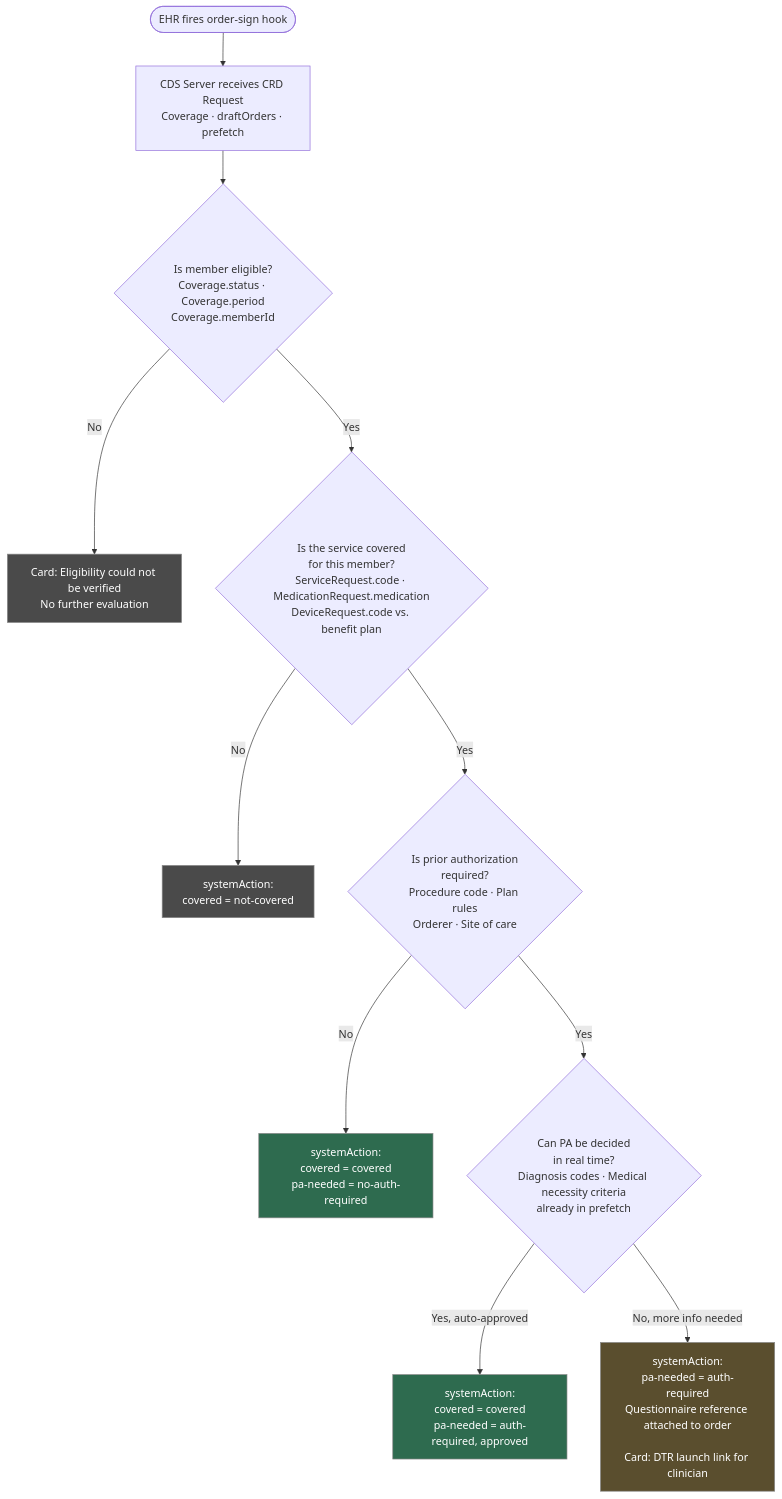
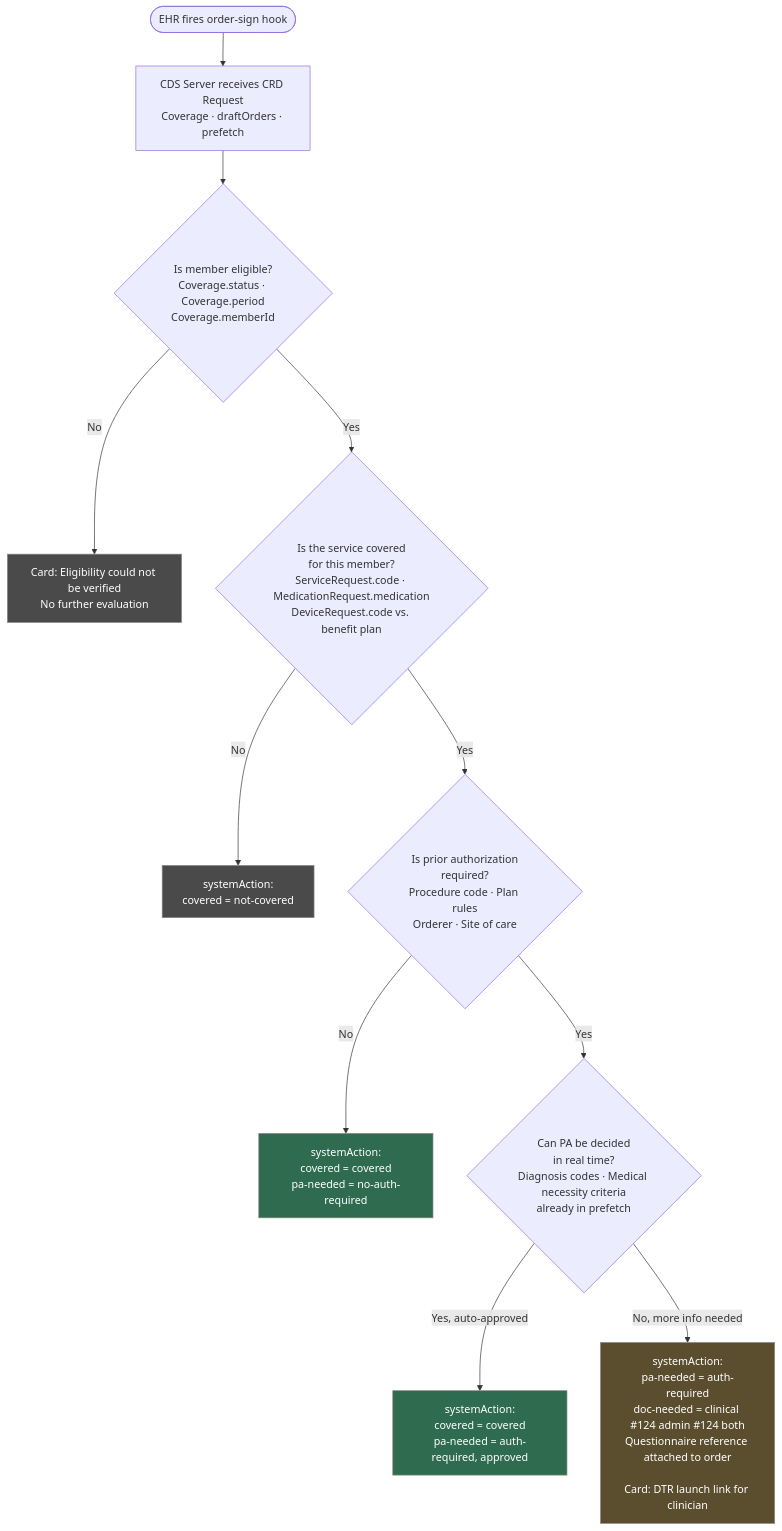
Before and after one commit to agabhinav/learn-fhir: the diagram in prior-auth/01-crd.md, drawn with Mermaid. The commit also changed other lines of this file and 3 other files, not shown here.

````diff
--- a/prior-auth/01-crd.md
+++ b/prior-auth/01-crd.md
@@ -161,28 +166,28 @@
 ```mermaid
 flowchart TD
     A([EHR fires order-sign hook]) --> B[CDS Server receives CRD Request<br/>Coverage · draftOrders · prefetch]
 
     B --> C{Is member eligible?<br/>Coverage.status · Coverage.period<br/>Coverage.memberId}
 
     C -- No --> C1[Card: Eligibility could not be verified<br/>No further evaluation]
 
     C -- Yes --> D{Is the service covered<br/>for this member?<br/>ServiceRequest.code · MedicationRequest.medication<br/>DeviceRequest.code vs. benefit plan}
 
     D -- No --> D1[systemAction:<br/>covered = not-covered]
 
     D -- Yes --> E{Is prior authorization<br/>required?<br/>Procedure code · Plan rules<br/>Orderer · Site of care}
 
     E -- No --> E1[systemAction:<br/>covered = covered<br/>pa-needed = no-auth-required]
 
     E -- Yes --> F{Can PA be decided<br/>in real time?<br/>Diagnosis codes · Medical necessity criteria<br/>already in prefetch}
 
     F -- Yes, auto-approved --> F1[systemAction:<br/>covered = covered<br/>pa-needed = auth-required, approved]
 
-    F -- No, more info needed --> G[systemAction:<br/>pa-needed = auth-required<br/>Questionnaire reference attached to order<br/><br/>Card: DTR launch link for clinician]
+    F -- No, more info needed --> G[systemAction:<br/>pa-needed = auth-required<br/>doc-needed = clinical #124 admin #124 both<br/>Questionnaire reference attached to order<br/><br/>Card: DTR launch link for clinician]
 
     style C1 fill:#4a4a4a,color:#ffffff,stroke:#888888
     style D1 fill:#4a4a4a,color:#ffffff,stroke:#888888
     style E1 fill:#2e6b4f,color:#ffffff,stroke:#888888
     style F1 fill:#2e6b4f,color:#ffffff,stroke:#888888
     style G fill:#5a4e2e,color:#ffffff,stroke:#888888
 ```
````
